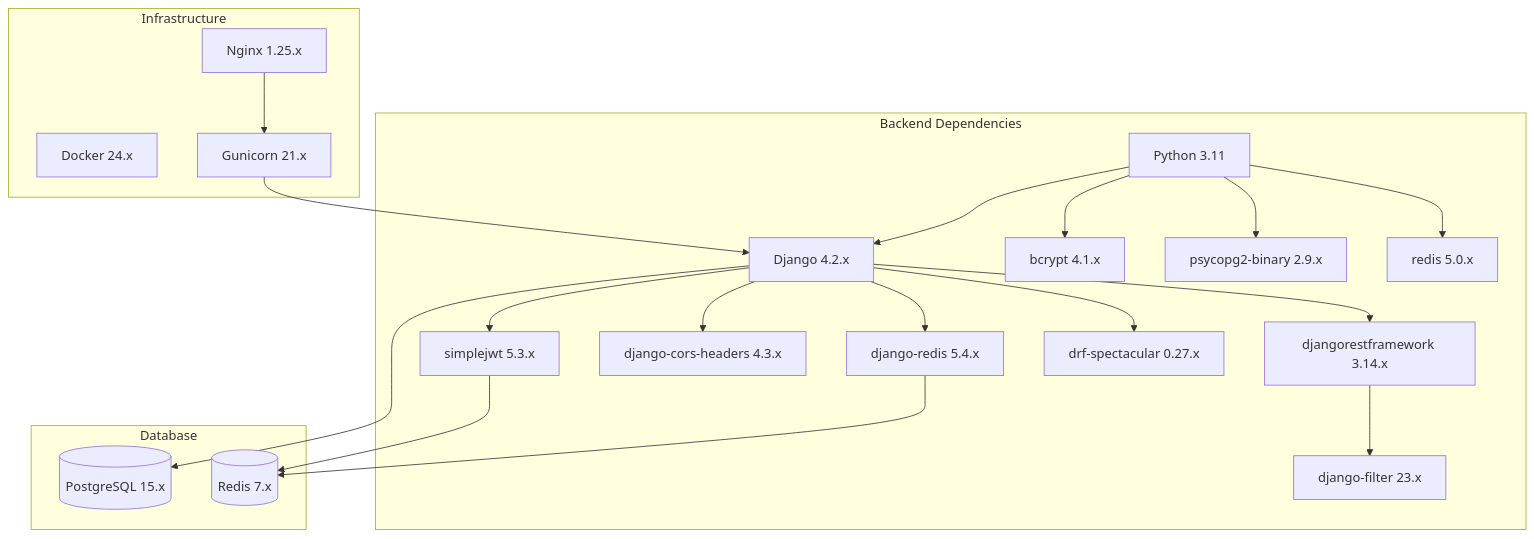
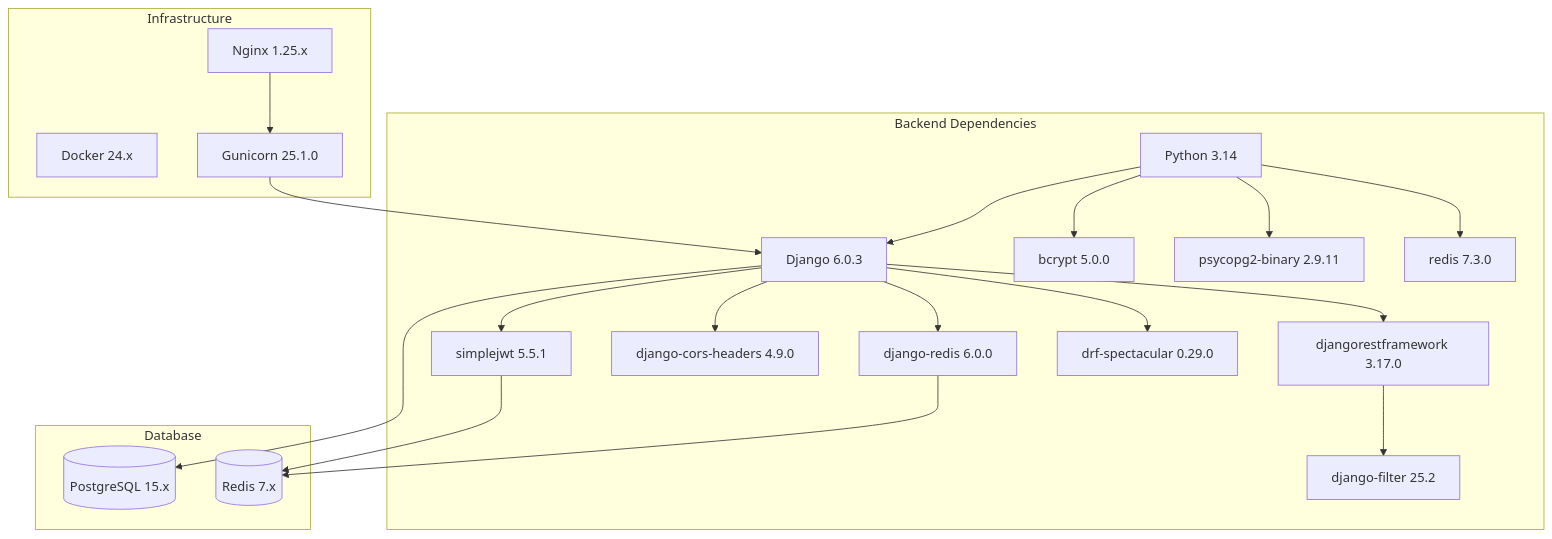
The diagram in plans/init-plan.md (ivan-komodo/demo-example), drawn with Mermaid before and after one commit. The commit also changed other lines of this file and 21 other files, not shown here.

````diff
--- a/plans/init-plan.md
+++ b/plans/init-plan.md
@@ -331,34 +342,34 @@
 ```mermaid
 graph TD
     subgraph Backend Dependencies
-        DJ[Django 4.2.x] --> DRF[djangorestframework 3.14.x]
-        DJ --> SJ[simplejwt 5.3.x]
-        DJ --> CORS[django-cors-headers 4.3.x]
-        DJ --> REDIS[django-redis 5.4.x]
-        DJ --> SPEC[drf-spectacular 0.27.x]
+        DJ[Django 6.0.3] --> DRF[djangorestframework 3.17.0]
+        DJ --> SJ[simplejwt 5.5.1]
+        DJ --> CORS[django-cors-headers 4.9.0]
+        DJ --> REDIS[django-redis 6.0.0]
+        DJ --> SPEC[drf-spectacular 0.29.0]
         
-        DRF --> FILT[django-filter 23.x]
+        DRF --> FILT[django-filter 25.2]
         
-        PY[Python 3.11] --> DJ
-        PY --> BC[bcrypt 4.1.x]
-        PY --> PS[psycopg2-binary 2.9.x]
-        PY --> RQ[redis 5.0.x]
+        PY[Python 3.14] --> DJ
+        PY --> BC[bcrypt 5.0.0]
+        PY --> PS[psycopg2-binary 2.9.11]
+        PY --> RQ[redis 7.3.0]
     end
     
     subgraph Database
         PG[(PostgreSQL 15.x)]
         RD[(Redis 7.x)]
     end
     
     subgraph Infrastructure
         DOC[Docker 24.x]
         NG[Nginx 1.25.x]
-        GU[Gunicorn 21.x]
+        GU[Gunicorn 25.1.0]
     end
     
     DJ --> PG
     REDIS --> RD
     SJ --> RD
     GU --> DJ
     NG --> GU
 ```
````
